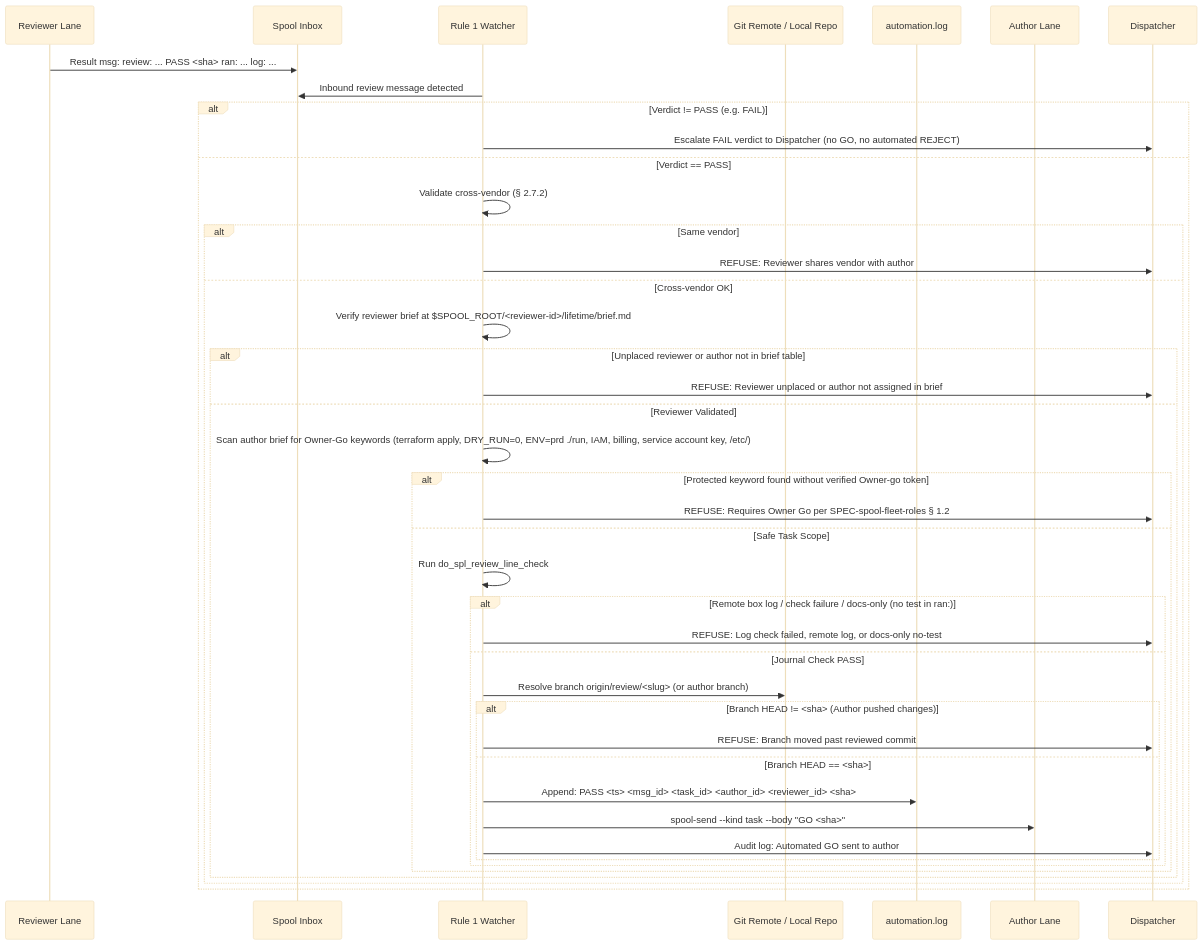
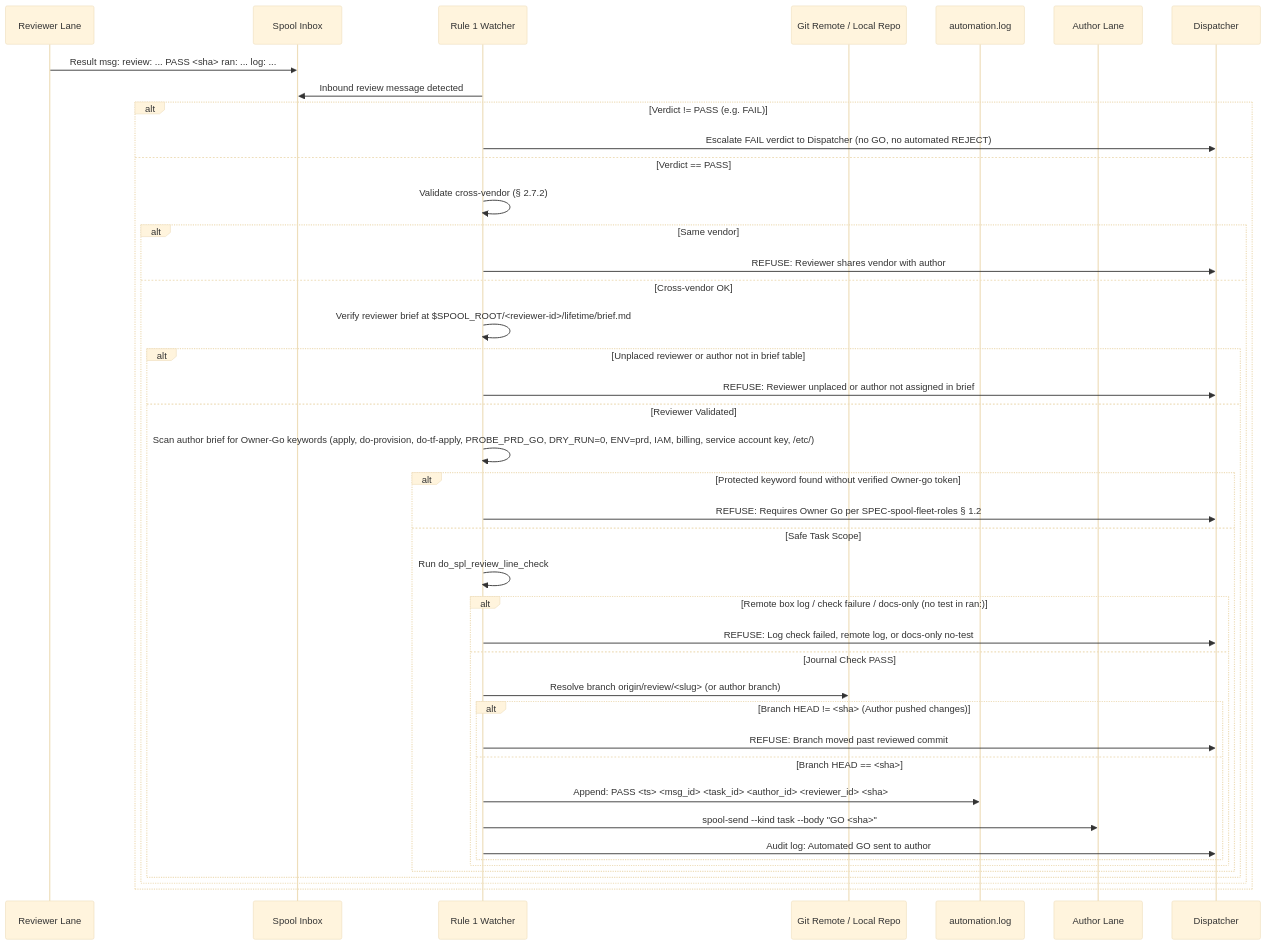
One commit to csitea/csi-spl changed the second of 6 diagrams in csi-spl-doc/specs/157-dispatch-automation/spec.md. Above: the diagram before and after it, drawn with Mermaid (base theme). The commit also changed other lines of this file, not shown here.

````diff
--- a/csi-spl-doc/specs/157-dispatch-automation/spec.md
+++ b/csi-spl-doc/specs/157-dispatch-automation/spec.md
@@ -113,45 +113,45 @@
 ```mermaid
 sequenceDiagram
     participant R as Reviewer Lane
     participant S as Spool Inbox
     participant W as Rule 1 Watcher
     participant G as Git Remote / Local Repo
     participant L as automation.log
     participant A as Author Lane
     participant D as Dispatcher
 
     R->>S: Result msg: review: ... PASS <sha> ran: ... log: ...
     W->>S: Inbound review message detected
     alt Verdict != PASS (e.g. FAIL)
         W->>D: Escalate FAIL verdict to Dispatcher (no GO, no automated REJECT)
     else Verdict == PASS
         W->>W: Validate cross-vendor (§ 2.7.2)
         alt Same vendor
             W->>D: REFUSE: Reviewer shares vendor with author
         else Cross-vendor OK
             W->>W: Verify reviewer brief at $SPOOL_ROOT/<reviewer-id>/lifetime/brief.md
             alt Unplaced reviewer or author not in brief table
                 W->>D: REFUSE: Reviewer unplaced or author not assigned in brief
             else Reviewer Validated
-                W->>W: Scan author brief for Owner-Go keywords (terraform apply, DRY_RUN=0, ENV=prd ./run, IAM, billing, service account key, /etc/)
+                W->>W: Scan author brief for Owner-Go keywords (apply, do-provision, do-tf-apply, PROBE_PRD_GO, DRY_RUN=0, ENV=prd, IAM, billing, service account key, /etc/)
                 alt Protected keyword found without verified Owner-go token
                     W->>D: REFUSE: Requires Owner Go per SPEC-spool-fleet-roles § 1.2
                 else Safe Task Scope
                     W->>W: Run do_spl_review_line_check
                     alt Remote box log / check failure / docs-only (no test in ran:)
                         W->>D: REFUSE: Log check failed, remote log, or docs-only no-test
                     else Journal Check PASS
                         W->>G: Resolve branch origin/review/<slug> (or author branch)
                         alt Branch HEAD != <sha> (Author pushed changes)
                             W->>D: REFUSE: Branch moved past reviewed commit
                         else Branch HEAD == <sha>
                             W->>L: Append: PASS <ts> <msg_id> <task_id> <author_id> <reviewer_id> <sha>
                             W->>A: spool-send --kind task --body "GO <sha>"
                             W->>D: Audit log: Automated GO sent to author
                         end
                     end
                 end
             end
         end
     end
 ```
````
